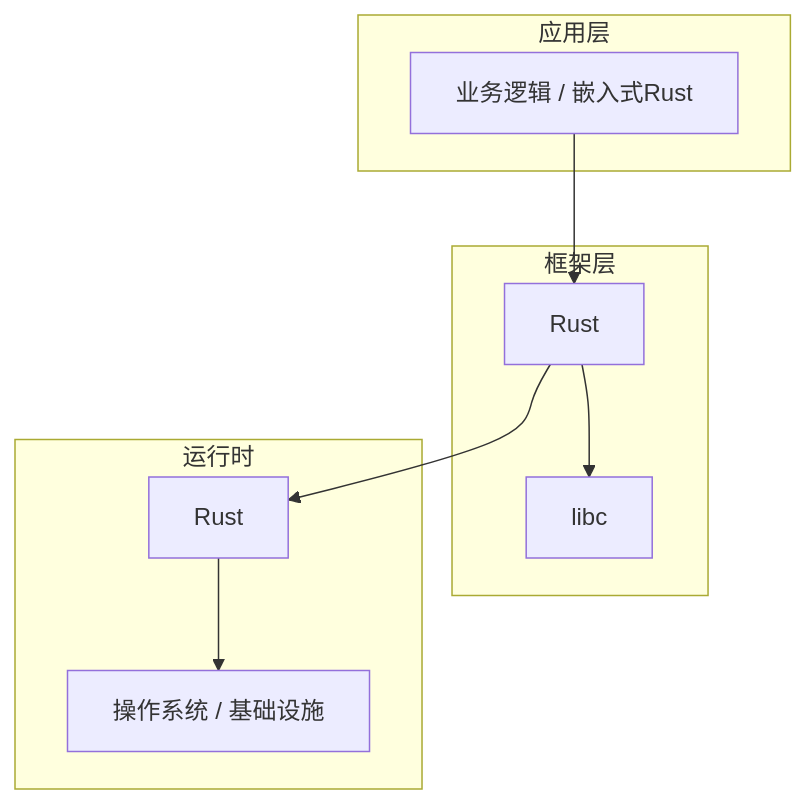
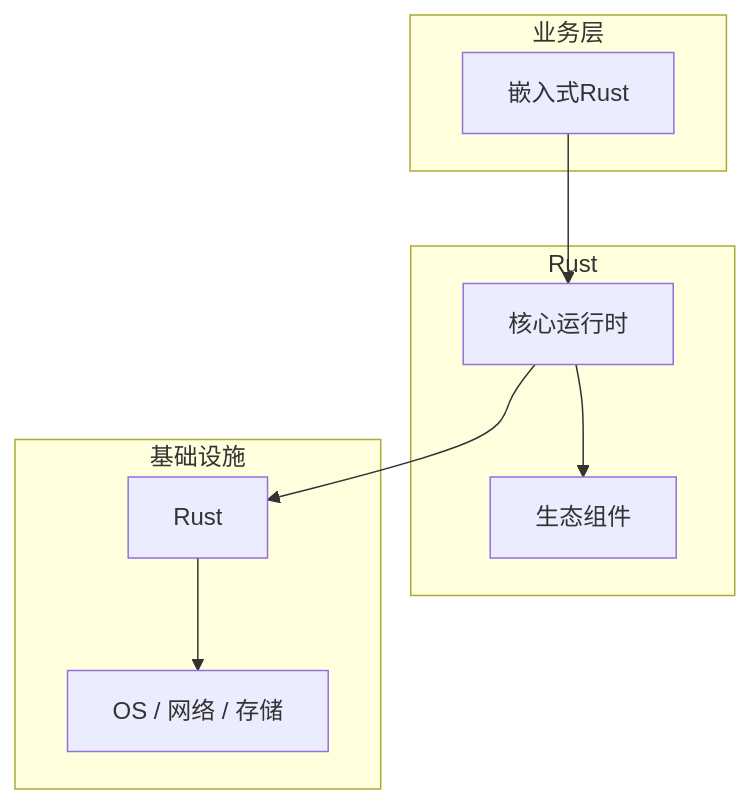
The diagram in articles/Rust系统编程/chapters/031-嵌入式Rust核心概念与原理.md (yanggan2015/knowledge-json-v2), drawn with Mermaid before and after one commit. The commit also changed other lines of this file and 10127 other files, not shown here.

````diff
--- a/articles/Rust系统编程/chapters/031-嵌入式Rust核心概念与原理.md
+++ b/articles/Rust系统编程/chapters/031-嵌入式Rust核心概念与原理.md
@@ -45,18 +30,18 @@
 ```mermaid
 graph TB
-    subgraph 应用层
-        A[业务逻辑 / 嵌入式Rust]
+    subgraph 业务层
+        A[嵌入式Rust]
     end
-    subgraph 框架层
-        B[Rust]
-        C[libc]
+    subgraph Rust
+        B[核心运行时]
+        C[生态组件]
     end
-    subgraph 运行时
+    subgraph 基础设施
         D[Rust]
-        E[操作系统 / 基础设施]
+        E[OS / 网络 / 存储]
     end
     A --> B
     B --> C
     B --> D
     D --> E
 ```
````
